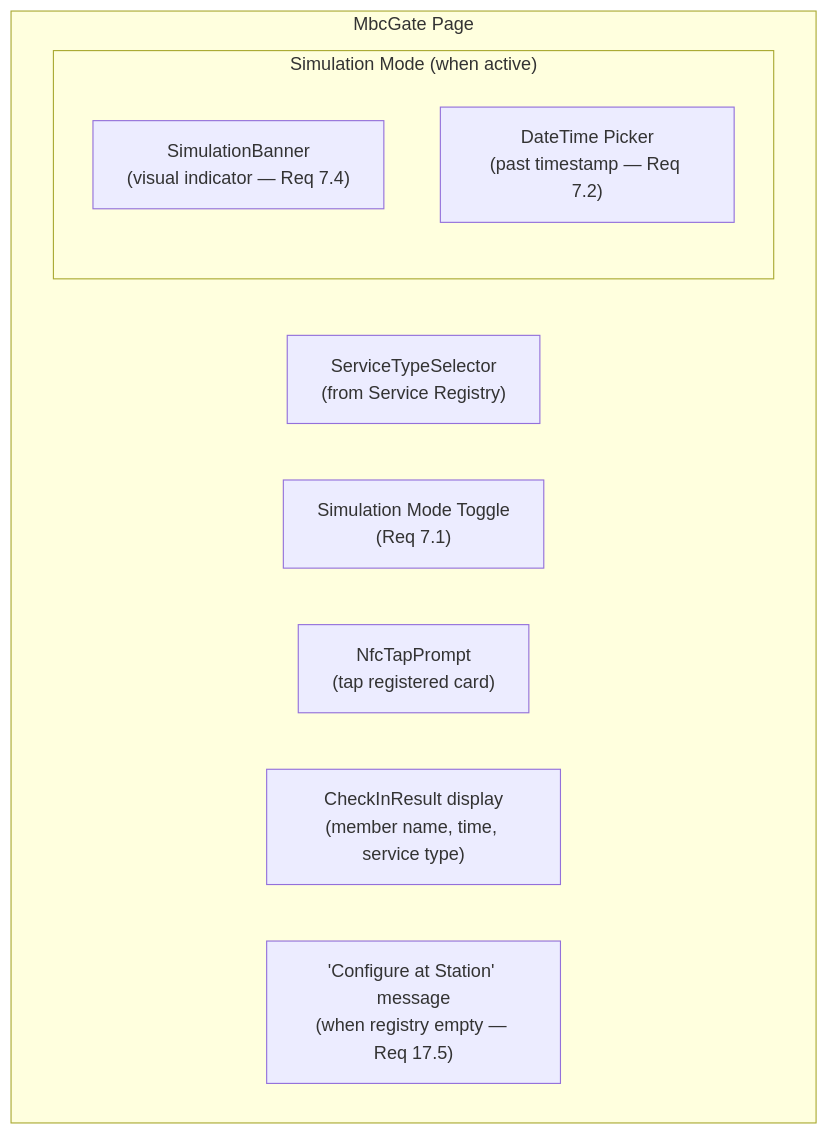
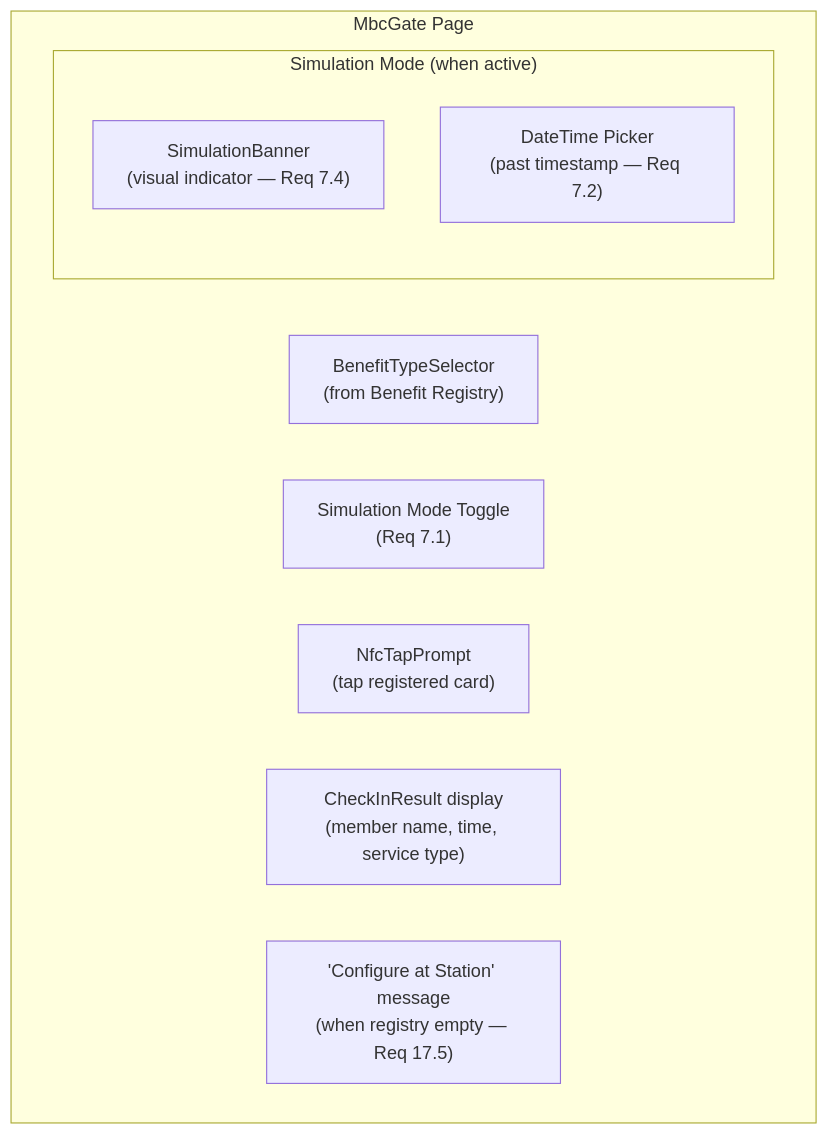
Before and after one commit to widdestoyud/assesment-s1-2026: the diagram in docs/wiki/membership-benefit-card/05-UI-Components/Gate-Interface.md, drawn with Mermaid. The commit also changed other lines of this file and 31 other files, not shown here.

First line of the commit message:
docs(mbc): Update all documentation for ServiceType to BenefitType rename

````diff
--- a/docs/wiki/membership-benefit-card/05-UI-Components/Gate-Interface.md
+++ b/docs/wiki/membership-benefit-card/05-UI-Components/Gate-Interface.md
@@ -14,16 +14,16 @@
 ```mermaid
 flowchart TD
     subgraph Gate["MbcGate Page"]
-        SvcSelector["ServiceTypeSelector<br/>(from Service Registry)"]
+        SvcSelector["BenefitTypeSelector<br/>(from Benefit Registry)"]
         SimToggle["Simulation Mode Toggle<br/>(Req 7.1)"]
 
         subgraph SimMode["Simulation Mode (when active)"]
             SimBanner["SimulationBanner<br/>(visual indicator — Req 7.4)"]
             DatePicker["DateTime Picker<br/>(past timestamp — Req 7.2)"]
         end
 
         TapPrompt["NfcTapPrompt<br/>(tap registered card)"]
         Result["CheckInResult display<br/>(member name, time, service type)"]
         EmptyMsg["'Configure at Station' message<br/>(when registry empty — Req 17.5)"]
     end
 ```
````
